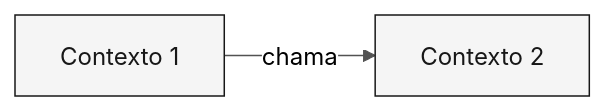
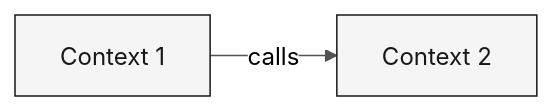
The diagram in 02-spec-moderna/templates/bounded-contexts.template.md (paulasilvatech/datacorp-mm-team-kit), drawn with Mermaid before and after one commit. The commit also changed other lines of this file and 163 other files, not shown here.

````diff
--- a/02-spec-moderna/templates/bounded-contexts.template.md
+++ b/02-spec-moderna/templates/bounded-contexts.template.md
@@ -70,7 +70,7 @@
 ```mermaid
 %%{init: {'theme':'neutral','themeVariables':{'fontFamily':'ui-sans-serif, system-ui, sans-serif','primaryColor':'#F5F5F5','primaryTextColor':'#171717','primaryBorderColor':'#171717','lineColor':'#525252','secondaryColor':'#FFFFFF','tertiaryColor':'#FAFAFA','background':'#FFFFFF'}}}%%
 flowchart LR
     classDef ctx fill:#F5F5F5,stroke:#171717,color:#171717
 
-    CTX1["Contexto 1"]:::ctx -->|"chama"| CTX2["Contexto 2"]:::ctx
+    CTX1["Context 1"]:::ctx -->|"calls"| CTX2["Context 2"]:::ctx
 ```
````
